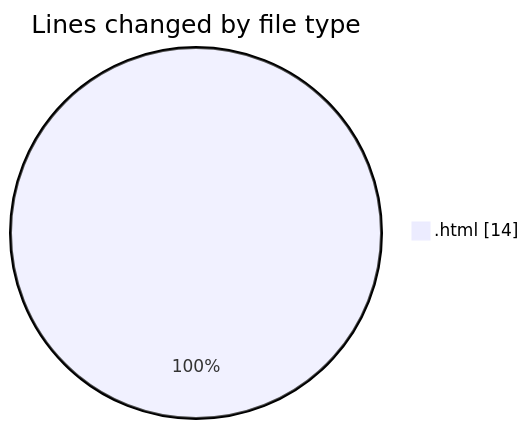
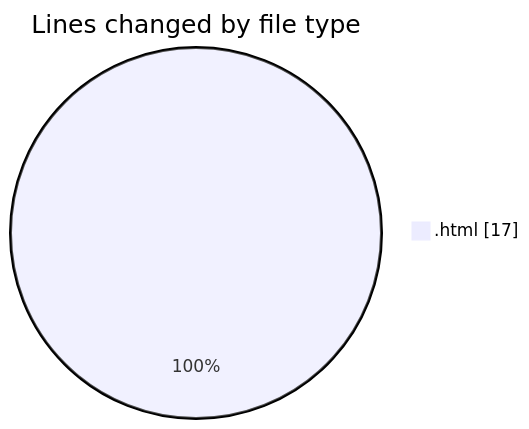
One commit to hasnaa123/code-tracking changed the first of 2 diagrams in 2025-12-24/technologie_web/README.md. Above: the diagram before and after it, drawn with Mermaid. The commit also changed other lines of this file and 1 other file, not shown here.

````diff
--- a/2025-12-24/technologie_web/README.md
+++ b/2025-12-24/technologie_web/README.md
@@ -20,5 +20,5 @@
 ```mermaid
 pie showData
 title Lines changed by file type
-".html" : 14
+".html" : 17
 ```
````
